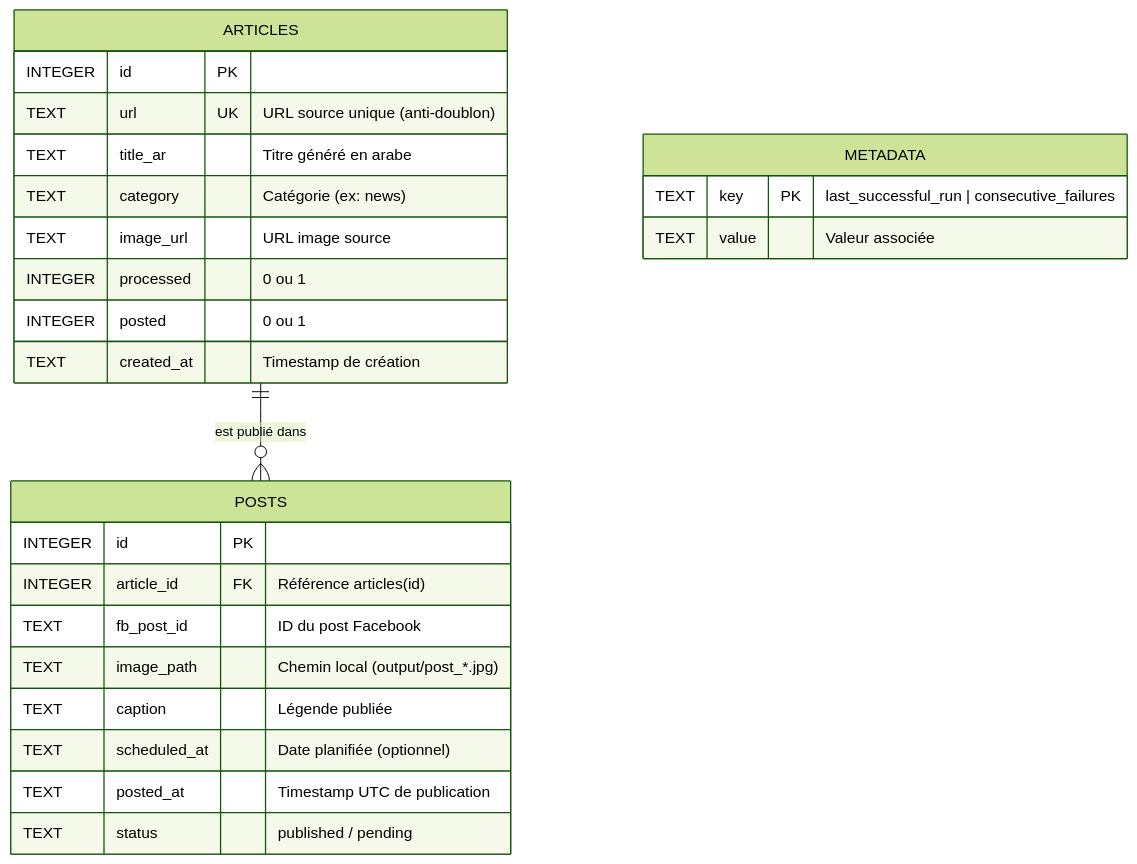
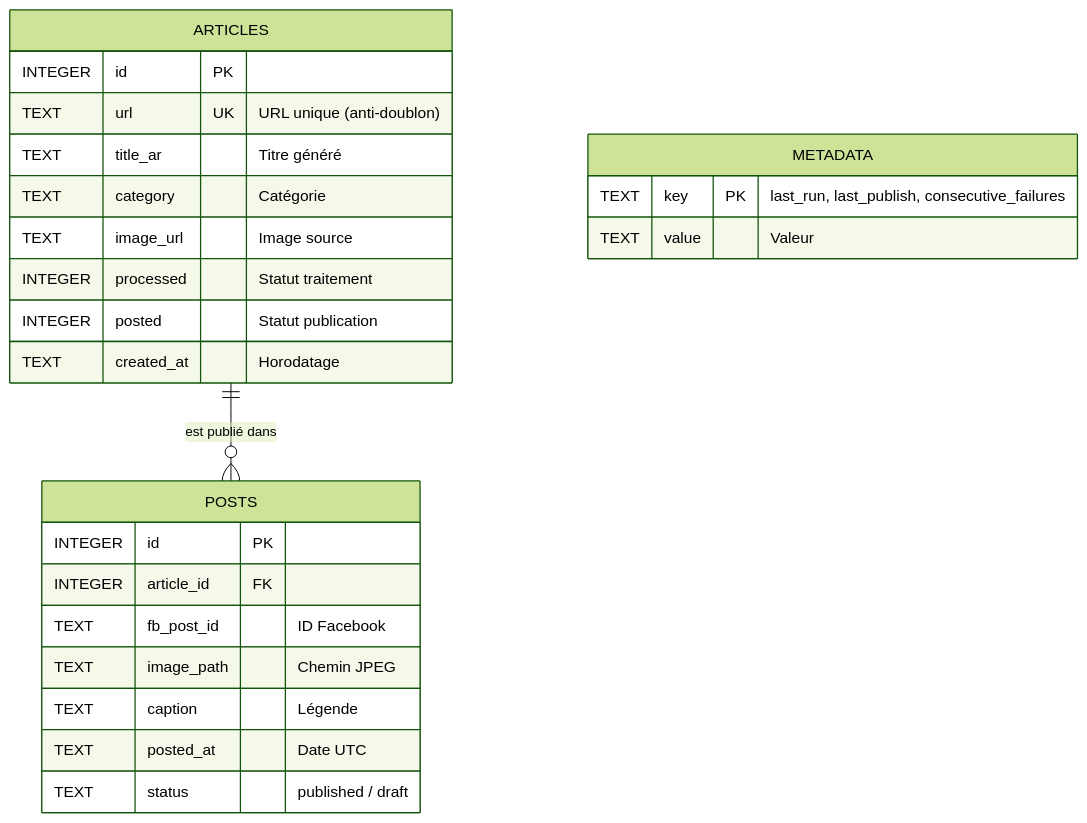
Before and after one commit to RadouaneElarfaoui/News-Facebook-Bot: the third of 3 diagrams in PIPELINE.md, drawn with Mermaid (forest theme). The commit also changed other lines of this file and 3 other files, not shown here.

Commit message:
test: add comprehensive test suite for agy backend and update architecture docs

````diff
--- a/PIPELINE.md
+++ b/PIPELINE.md
@@ -181,31 +120,30 @@
 ```mermaid
 erDiagram
     ARTICLES ||--o{ POSTS : "est publié dans"
 
     ARTICLES {
         INTEGER id PK
-        TEXT url UK "URL source unique (anti-doublon)"
-        TEXT title_ar "Titre généré en arabe"
-        TEXT category "Catégorie (ex: news)"
-        TEXT image_url "URL image source"
-        INTEGER processed "0 ou 1"
-        INTEGER posted "0 ou 1"
-        TEXT created_at "Timestamp de création"
+        TEXT url UK "URL unique (anti-doublon)"
+        TEXT title_ar "Titre généré"
+        TEXT category "Catégorie"
+        TEXT image_url "Image source"
+        INTEGER processed "Statut traitement"
+        INTEGER posted "Statut publication"
+        TEXT created_at "Horodatage"
     }
 
     POSTS {
         INTEGER id PK
-        INTEGER article_id FK "Référence articles(id)"
-        TEXT fb_post_id "ID du post Facebook"
-        TEXT image_path "Chemin local (output/post_*.jpg)"
-        TEXT caption "Légende publiée"
-        TEXT scheduled_at "Date planifiée (optionnel)"
-        TEXT posted_at "Timestamp UTC de publication"
-        TEXT status "published / pending"
+        INTEGER article_id FK
+        TEXT fb_post_id "ID Facebook"
+        TEXT image_path "Chemin JPEG"
+        TEXT caption "Légende"
+        TEXT posted_at "Date UTC"
+        TEXT status "published / draft"
     }
 
     METADATA {
-        TEXT key PK "last_successful_run | consecutive_failures"
-        TEXT value "Valeur associée"
+        TEXT key PK "last_run, last_publish, consecutive_failures"
+        TEXT value "Valeur"
     }
 ```
````
